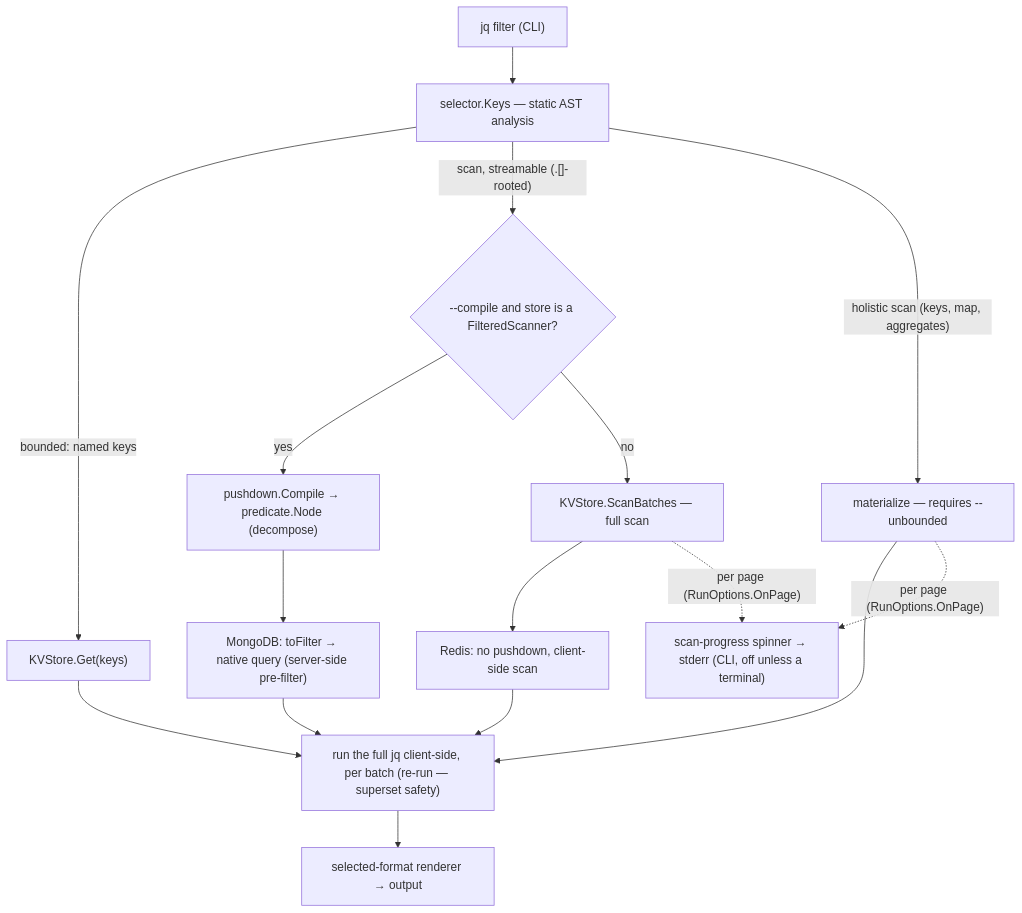
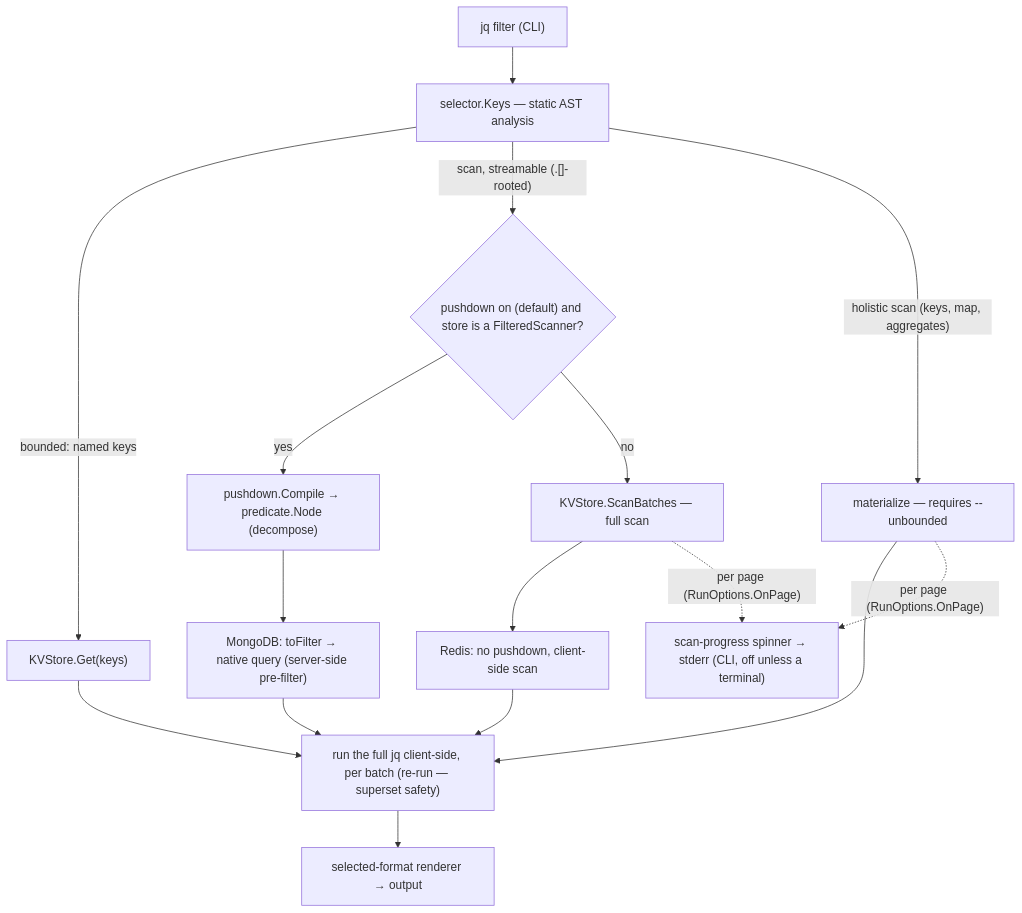
The diagram in README.md (zsltg/iq), drawn with Mermaid before and after one commit. The commit also changed other lines of this file and 5 other files, not shown here.

First line of the commit message:
feat(cli)!: default MongoDB pushdown on, replace --compile with --no-compile

````diff
--- a/README.md
+++ b/README.md
@@ -489,22 +490,22 @@
 ```mermaid
 graph TD
   F["jq filter (CLI)"] --> SEL["selector.Keys — static AST analysis"]
   SEL -->|"bounded: named keys"| GET["KVStore.Get(keys)"]
-  SEL -->|"scan, streamable (.[]-rooted)"| CMP{"--compile and store is a FilteredScanner?"}
+  SEL -->|"scan, streamable (.[]-rooted)"| CMP{"pushdown on (default) and store is a FilteredScanner?"}
   SEL -->|"holistic scan (keys, map, aggregates)"| MAT["materialize — requires --unbounded"]
 
   CMP -->|yes| PD["pushdown.Compile → predicate.Node (decompose)"]
   CMP -->|no| RS["KVStore.ScanBatches — full scan"]
 
   PD --> MG["MongoDB: toFilter → native query (server-side pre-filter)"]
   RS --> RD["Redis: no pushdown, client-side scan"]
 
   GET --> JQ["run the full jq client-side, per batch (re-run — superset safety)"]
   MAT --> JQ
   MG --> JQ
   RD --> JQ
   JQ --> OUT["selected-format renderer → output"]
 
   RS -.->|"per page (RunOptions.OnPage)"| PROG["scan-progress spinner → stderr (CLI, off unless a terminal)"]
   MAT -.->|"per page (RunOptions.OnPage)"| PROG
 ```
````
